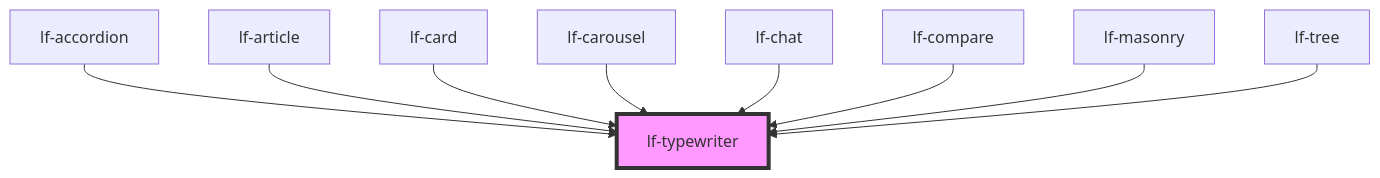
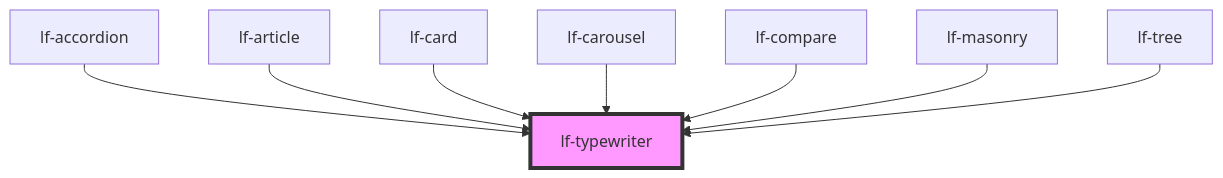
Before and after one commit to lucafoscili/lf-widgets: the diagram in packages/core/src/components/lf-typewriter/readme.md, drawn with Mermaid. The commit also changed other lines of this file and 17 other files, not shown here.

````diff
--- a/packages/core/src/components/lf-typewriter/readme.md
+++ b/packages/core/src/components/lf-typewriter/readme.md
@@ -115,12 +114,11 @@
 ```mermaid
 graph TD;
   lf-accordion --> lf-typewriter
   lf-article --> lf-typewriter
   lf-card --> lf-typewriter
   lf-carousel --> lf-typewriter
-  lf-chat --> lf-typewriter
   lf-compare --> lf-typewriter
   lf-masonry --> lf-typewriter
   lf-tree --> lf-typewriter
   style lf-typewriter fill:#f9f,stroke:#333,stroke-width:4px
 ```
````
